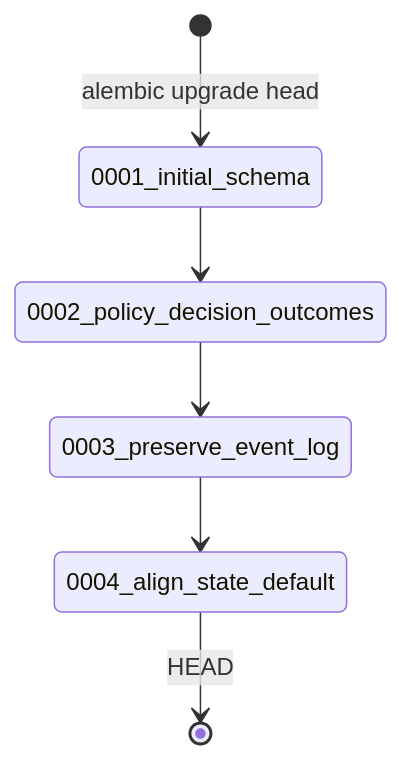
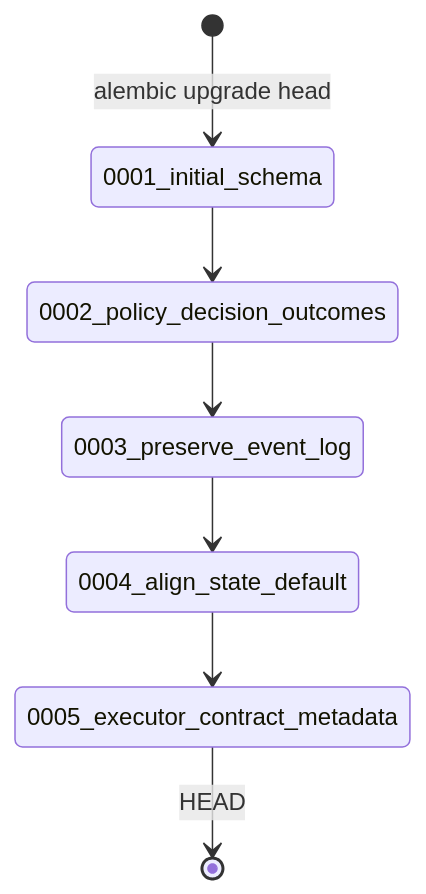
One commit to NicolayBang/ApplyGo changed the first of 2 diagrams in docs/codebase/c4-code-backend-alembic-versions.md. Above: the diagram before and after it, drawn with Mermaid. The commit also changed other lines of this file and 26 other files, not shown here.

First line of the commit message:
feat(executor): align contract metadata

````diff
--- a/docs/codebase/c4-code-backend-alembic-versions.md
+++ b/docs/codebase/c4-code-backend-alembic-versions.md
@@ -96,8 +127,9 @@
 ```mermaid
 stateDiagram-v2
     [*] --> 0001_initial_schema : alembic upgrade head
     0001_initial_schema --> 0002_policy_decision_outcomes
     0002_policy_decision_outcomes --> 0003_preserve_event_log
     0003_preserve_event_log --> 0004_align_state_default
-    0004_align_state_default --> [*] : HEAD
+    0004_align_state_default --> 0005_executor_contract_metadata
+    0005_executor_contract_metadata --> [*] : HEAD
 ```
````
